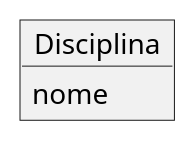
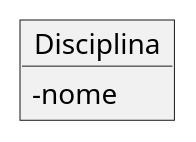
Before and after one commit to kyriosdata/oo: the diagram in Imagens/modelos-01/imagem-01/imagem01.plantuml, drawn with PlantUML. The commit also changed 13 other files, not shown here.

```diff
--- a/Imagens/modelos-01/imagem-01/imagem01.plantuml
+++ b/Imagens/modelos-01/imagem-01/imagem01.plantuml
@@ -1,6 +1,5 @@
 @startuml mod01ima01
 skinparam classAttributeIconSize 0
-
 object Disciplina
-Disciplina : nome
+Disciplina : - nome
 @enduml
```
